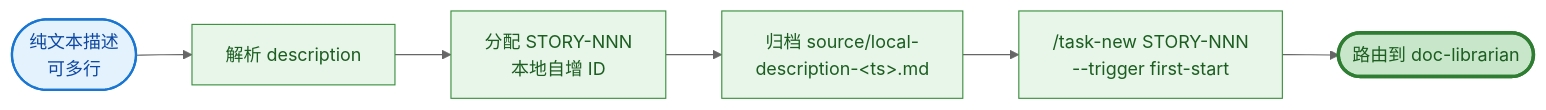
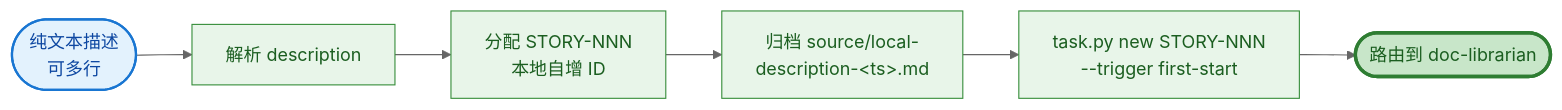
Before and after one commit to dd-xiaozhi/dev-agent-flow: the sixth of 14 diagrams in README.md, drawn with Mermaid (neutral theme). The commit also changed other lines of this file and 2 other files, not shown here.

````diff
--- a/README.md
+++ b/README.md
@@ -222,16 +228,16 @@
 ```mermaid
 flowchart LR
     A([纯文本描述<br/>可多行]) --> B[解析 description]
     B --> C[分配 STORY-NNN<br/>本地自增 ID]
     C --> D[归档 source/local-<br/>description-&lt;ts&gt;.md]
-    D --> E["/task-new STORY-NNN<br/>--trigger first-start"]
+    D --> E["task.py new STORY-NNN<br/>--trigger first-start"]
     E --> F([路由到 doc-librarian])
 
     classDef entry fill:#e3f2fd,stroke:#1976d2,stroke-width:2px,color:#0d47a1
     classDef action fill:#e8f5e9,stroke:#388e3c,stroke-width:1px,color:#1b5e20
     classDef done fill:#c8e6c9,stroke:#2e7d32,stroke-width:3px,color:#1b5e20
 
     class A entry
     class B,C,D,E action
     class F done
 ```
````
